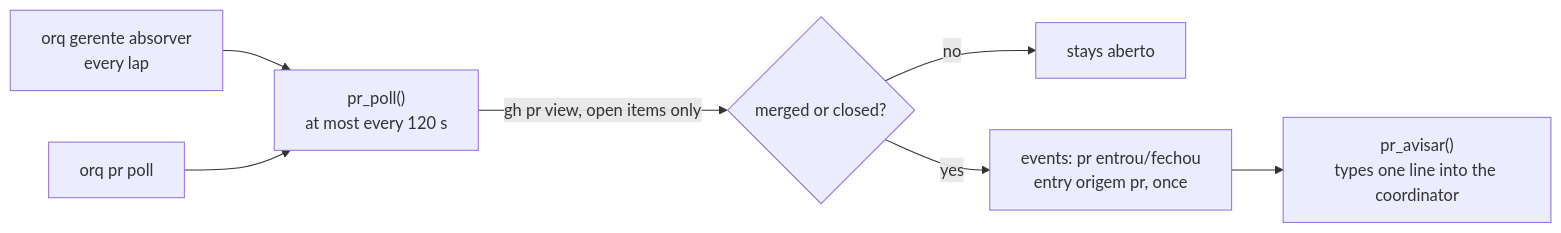
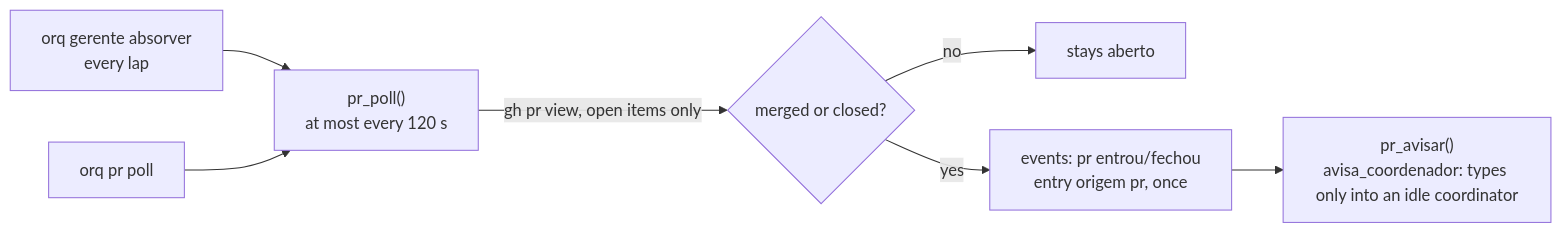
The fourth of 4 diagrams in docs/design.md (leodiegoo/orq), drawn with Mermaid before and after one commit. The commit also changed other lines of this file and 3 other files, not shown here.

````diff
--- a/docs/design.md
+++ b/docs/design.md
@@ -422,9 +422,9 @@
 ```mermaid
 flowchart LR
     G["orq gerente absorver<br/>every lap"] --> P["pr_poll()<br/>at most every 120 s"]
     M["orq pr poll"] --> P
     P -->|"gh pr view, open items only"| S{"merged or closed?"}
     S -->|no| N["stays aberto"]
     S -->|yes| E["events: pr entrou/fechou<br/>entry origem pr, once"]
-    E --> A["pr_avisar()<br/>types one line into the coordinator"]
+    E --> A["pr_avisar()<br/>avisa_coordenador: types only into an idle coordinator"]
 ```
````
